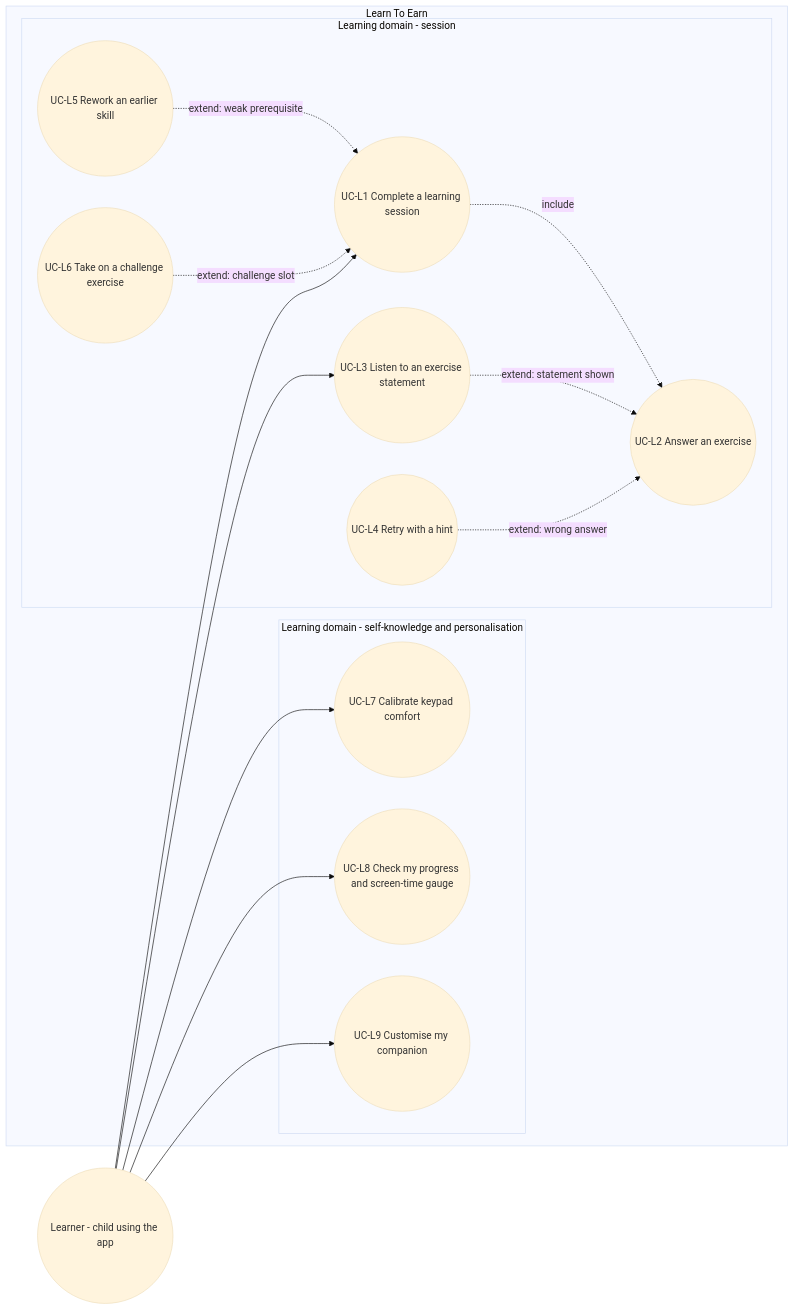
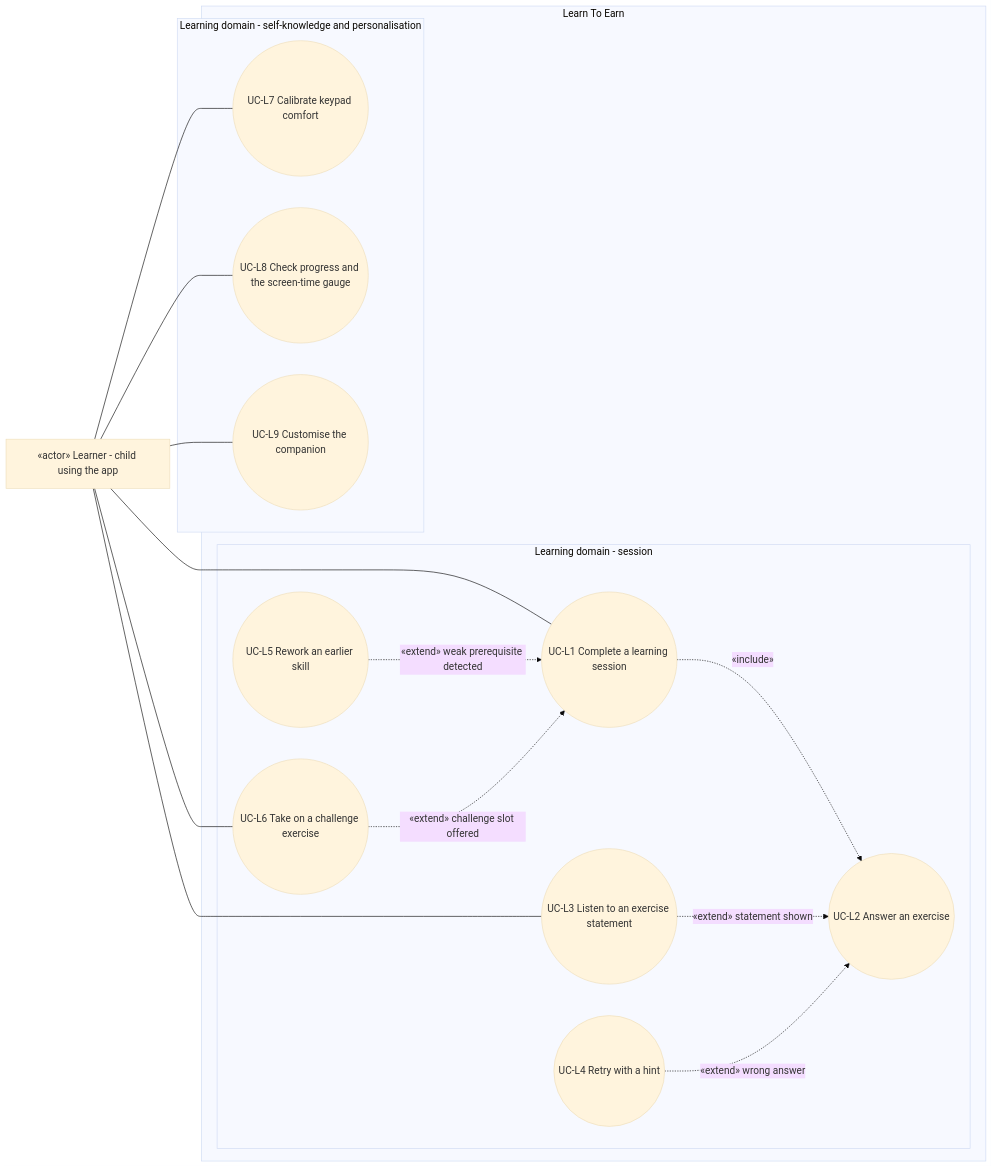
One commit to benoit-bremaud/learn-to-earn changed the diagram in docs/architecture/diagrams/learning/01-use-case.md. Above: the diagram before and after it, drawn with Mermaid (base theme). The commit also changed other lines of this file and 7 other files, not shown here.

Commit message:
docs(architecture): fix use-case study after review pass 1

````diff
--- a/docs/architecture/diagrams/learning/01-use-case.md
+++ b/docs/architecture/diagrams/learning/01-use-case.md
@@ -14,29 +14,30 @@
 ```mermaid
 flowchart LR
-  Learner(("Learner - child using the app"))
+  Learner["«actor» Learner - child using the app"]
   subgraph SYSTEM ["Learn To Earn"]
     subgraph Session ["Learning domain - session"]
       L1(("UC-L1 Complete a learning session"))
       L2(("UC-L2 Answer an exercise"))
       L3(("UC-L3 Listen to an exercise statement"))
       L4(("UC-L4 Retry with a hint"))
       L5(("UC-L5 Rework an earlier skill"))
       L6(("UC-L6 Take on a challenge exercise"))
     end
     subgraph Self ["Learning domain - self-knowledge and personalisation"]
       L7(("UC-L7 Calibrate keypad comfort"))
-      L8(("UC-L8 Check my progress and screen-time gauge"))
-      L9(("UC-L9 Customise my companion"))
+      L8(("UC-L8 Check progress and the screen-time gauge"))
+      L9(("UC-L9 Customise the companion"))
     end
   end
-  Learner --> L1
-  Learner --> L3
-  Learner --> L7
-  Learner --> L8
-  Learner --> L9
-  L1 -.->|"include"| L2
-  L3 -.->|"extend: statement shown"| L2
-  L4 -.->|"extend: wrong answer"| L2
-  L5 -.->|"extend: weak prerequisite"| L1
-  L6 -.->|"extend: challenge slot"| L1
+  Learner --- L1
+  Learner --- L3
+  Learner --- L6
+  Learner --- L7
+  Learner --- L8
+  Learner --- L9
+  L1 -.->|"«include»"| L2
+  L3 -.->|"«extend» statement shown"| L2
+  L4 -.->|"«extend» wrong answer"| L2
+  L5 -.->|"«extend» weak prerequisite detected"| L1
+  L6 -.->|"«extend» challenge slot offered"| L1
 ```
````
